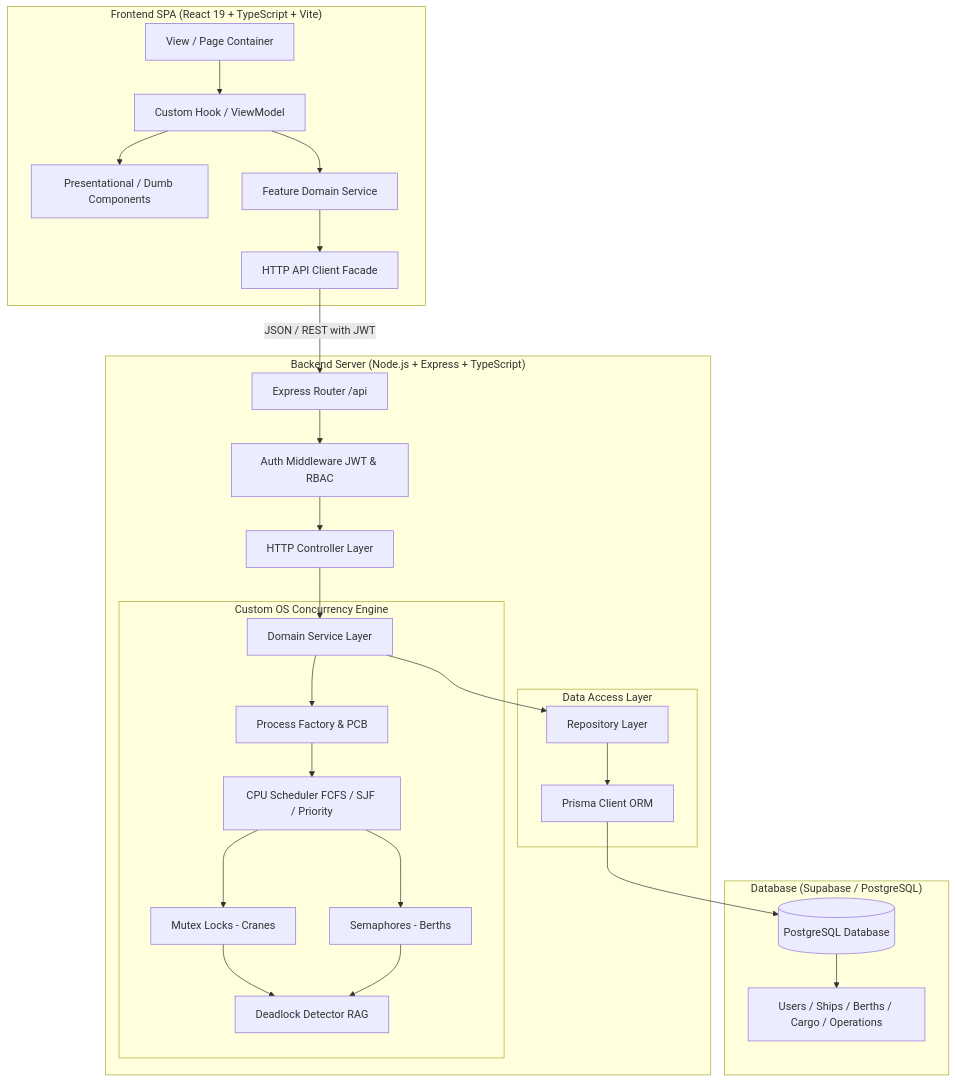
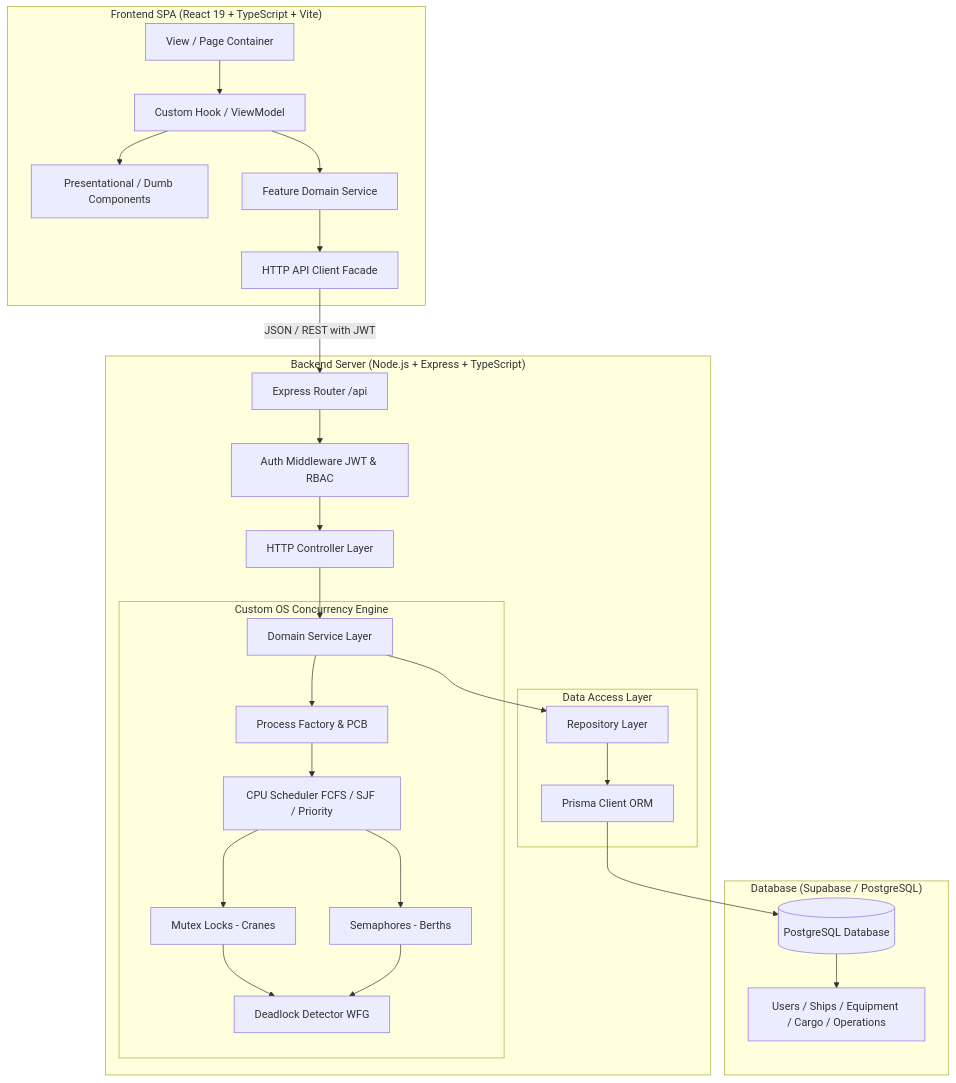
Before and after one commit to Sujalkathait/PortFlow: the first of 2 diagrams in README.md, drawn with Mermaid. The commit also changed other lines of this file and 30 other files, not shown here.

````diff
--- a/README.md
+++ b/README.md
@@ -50,45 +50,45 @@
 ```mermaid
 flowchart TD
     subgraph Client["Frontend SPA (React 19 + TypeScript + Vite)"]
         UI[View / Page Container]
         Hook[Custom Hook / ViewModel]
         Presentational[Presentational / Dumb Components]
         FeatService[Feature Domain Service]
         APIFacade[HTTP API Client Facade]
 
         UI --> Hook
         Hook --> Presentational
         Hook --> FeatService
         FeatService --> APIFacade
     end
 
     APIFacade -->|JSON / REST with JWT| Router
 
     subgraph Server["Backend Server (Node.js + Express + TypeScript)"]
         Router[Express Router /api]
         AuthMid[Auth Middleware JWT & RBAC]
         Controller[HTTP Controller Layer]
         Service[Domain Service Layer]
 
         Router --> AuthMid --> Controller
         Controller --> Service
 
         subgraph OS_Kernel["Custom OS Concurrency Engine"]
             Service --> ProcessMgr[Process Factory & PCB]
             ProcessMgr --> Scheduler[CPU Scheduler FCFS / SJF / Priority]
             Scheduler --> MutexLocks[Mutex Locks - Cranes]
             Scheduler --> Semaphores[Semaphores - Berths]
-            MutexLocks & Semaphores --> Deadlock[Deadlock Detector RAG]
+            MutexLocks & Semaphores --> Deadlock[Deadlock Detector WFG]
         end
 
         subgraph Data_Layer["Data Access Layer"]
             Service --> Repo[Repository Layer]
             Repo --> PrismaORM[Prisma Client ORM]
         end
     end
 
     subgraph Storage["Database (Supabase / PostgreSQL)"]
         PrismaORM --> PostgresDB[(PostgreSQL Database)]
-        PostgresDB --> Tables[Users / Ships / Berths / Cargo / Operations]
+        PostgresDB --> Tables[Users / Ships / Equipment / Cargo / Operations]
     end
 ```
````
